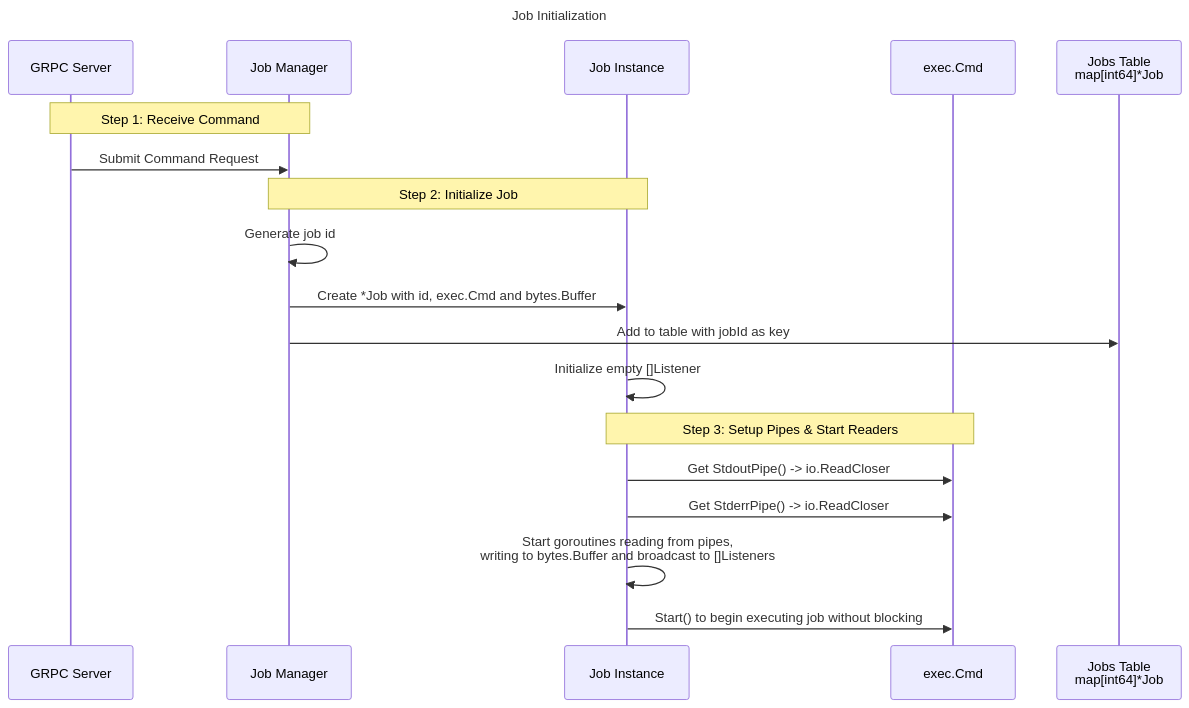
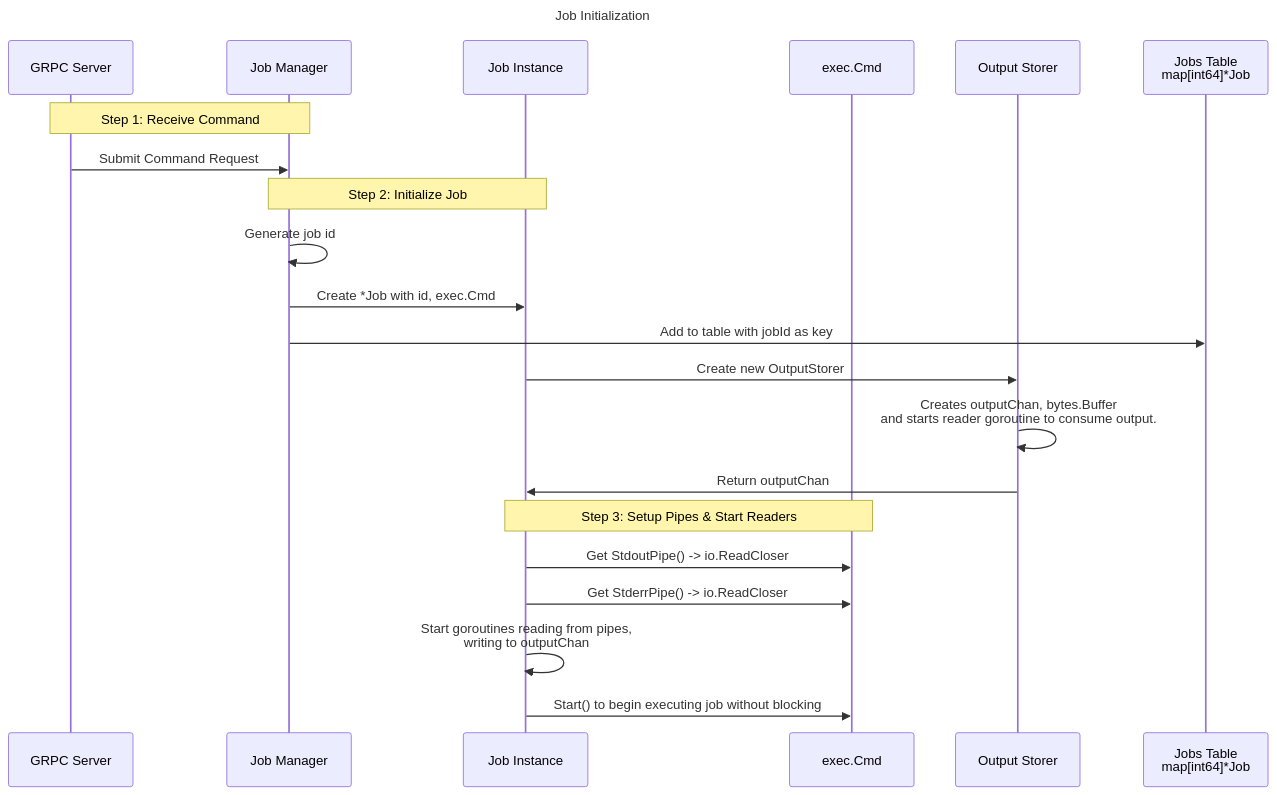
One commit to karanveersp/job-runner changed the diagram in design.md. Above: the diagram before and after it, drawn with Mermaid. The commit also changed other lines of this file and 3 other files, not shown here.

Commit message:
Added OutputStorer diagram. Simplified output streaming goroutines

````diff
--- a/design.md
+++ b/design.md
@@ -201,25 +198,27 @@
 ```mermaid
 sequenceDiagram
   title Job Initialization
   participant GRPC as GRPC Server
   participant JM as Job Manager
   participant Job as Job Instance
   participant Cmd as exec.Cmd
+  participant OS as Output Storer
   participant JT as Jobs Table<br/>map[int64]*Job
 
   Note over GRPC,JM: Step 1: Receive Command
   GRPC->>JM: Submit Command Request
 
   Note over JM,Job: Step 2: Initialize Job
   JM->>JM: Generate job id
-  JM->>Job: Create *Job with id, exec.Cmd and bytes.Buffer
+  JM->>Job: Create *Job with id, exec.Cmd 
   JM->>JT: Add to table with jobId as key
-  Job->>Job: Initialize empty []Listener
-
+  Job->>OS: Create new OutputStorer
+  OS->>OS: Creates outputChan, bytes.Buffer<br/>and starts reader goroutine to consume output.
+  OS->>Job: Return outputChan
 
   Note over Job,Cmd: Step 3: Setup Pipes & Start Readers
   Job->>Cmd: Get StdoutPipe() -> io.ReadCloser
   Job->>Cmd: Get StderrPipe() -> io.ReadCloser
-  Job->>Job: Start goroutines reading from pipes,<br/> writing to bytes.Buffer and broadcast to []Listeners
+  Job->>Job: Start goroutines reading from pipes,<br/> writing to outputChan
   Job->>Cmd: Start() to begin executing job without blocking
 ```
````
